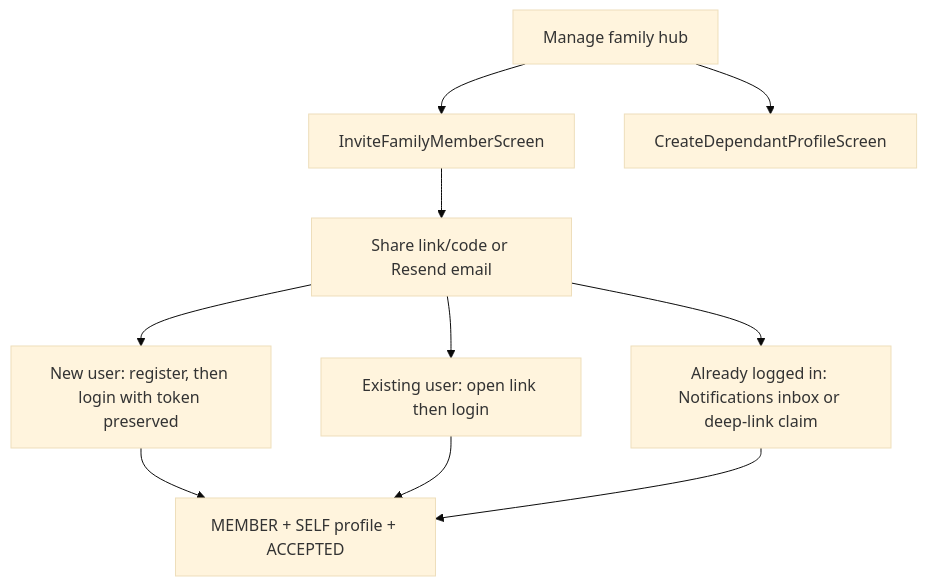
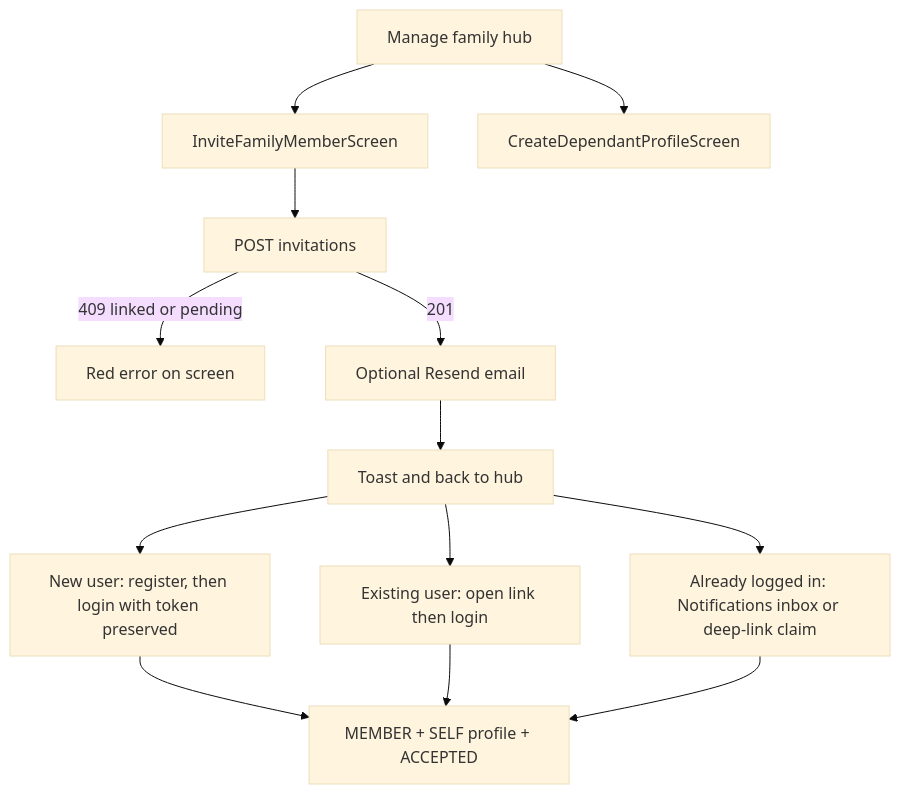
The diagram in client/mobile/app/src/main/java/sg/edu/nus/iss/canmakan/features/family/README.md (CanMakan-Team/CanMakan), drawn with Mermaid (base theme) before and after one commit. The commit also changed other lines of this file and 17 other files, not shown here.

````diff
--- a/client/mobile/app/src/main/java/sg/edu/nus/iss/canmakan/features/family/README.md
+++ b/client/mobile/app/src/main/java/sg/edu/nus/iss/canmakan/features/family/README.md
@@ -40,12 +46,15 @@
 ```mermaid
 flowchart TD
   Hub[Manage family hub] --> Invite[InviteFamilyMemberScreen]
   Hub --> Dependant[CreateDependantProfileScreen]
-  Invite --> Share[Share link/code or Resend email]
-  Share --> PathA[New user: register, then login with token preserved]
-  Share --> PathB[Existing user: open link then login]
-  Share --> PathC[Already logged in: Notifications inbox or deep-link claim]
+  Invite --> Post[POST invitations]
+  Post -->|409 linked or pending| Err[Red error on screen]
+  Post -->|201| Email[Optional Resend email]
+  Email --> Done[Toast and back to hub]
+  Done --> PathA[New user: register, then login with token preserved]
+  Done --> PathB[Existing user: open link then login]
+  Done --> PathC[Already logged in: Notifications inbox or deep-link claim]
   PathA --> Join[MEMBER + SELF profile + ACCEPTED]
   PathB --> Join
   PathC --> Join
 ```
````
